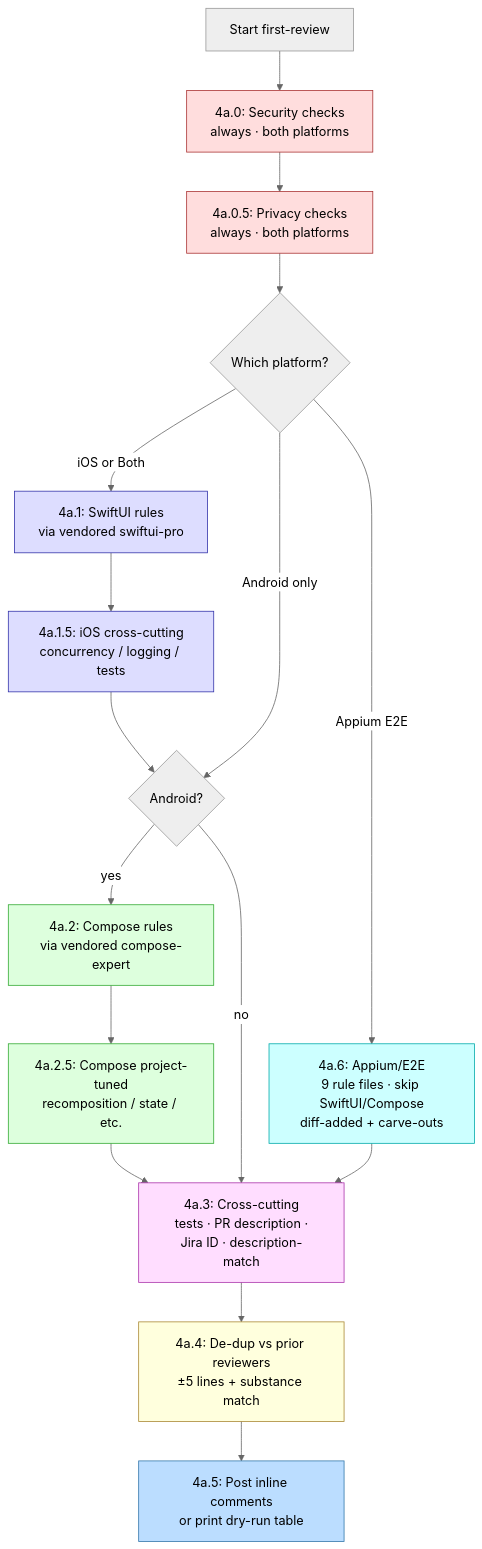
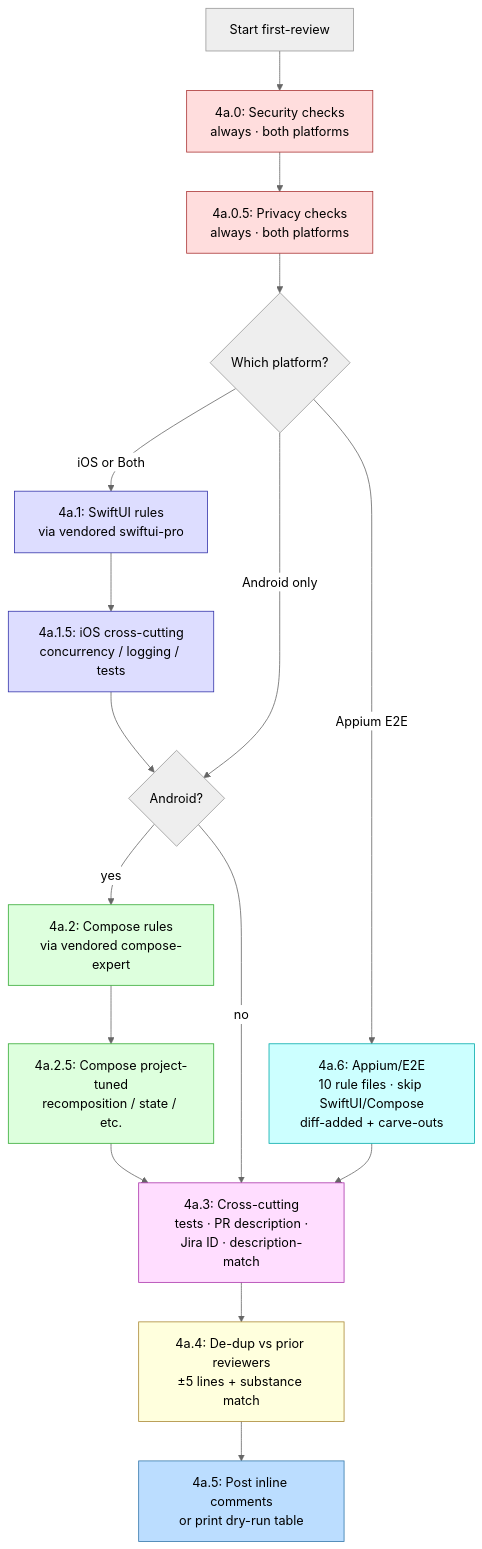
One commit to pkesavangg/pr-review-skills changed the sixth of 15 diagrams in HOW-IT-WORKS.md. Above: the diagram before and after it, drawn with Mermaid (neutral theme). The commit also changed other lines of this file and 5 other files, not shown here.

````diff
--- a/HOW-IT-WORKS.md
+++ b/HOW-IT-WORKS.md
@@ -199,35 +199,35 @@
 ```mermaid
 flowchart TD
     Start[Start first-review] --> S40[4a.0: Security checks<br/>always · both platforms]
     S40 --> S405[4a.0.5: Privacy checks<br/>always · both platforms]
     S405 --> PlatBranch{Which platform?}
 
     PlatBranch -- iOS or Both --> S41[4a.1: SwiftUI rules<br/>via vendored swiftui-pro]
     S41 --> S415[4a.1.5: iOS cross-cutting<br/>concurrency / logging / tests]
     S415 --> AndroidGate
 
     PlatBranch -- Android only --> AndroidGate{Android?}
     AndroidGate -- yes --> S42[4a.2: Compose rules<br/>via vendored compose-expert]
     S42 --> S425[4a.2.5: Compose project-tuned<br/>recomposition / state / etc.]
     S425 --> S43
 
     AndroidGate -- no --> S43
 
-    PlatBranch -- Appium E2E --> S46[4a.6: Appium/E2E<br/>9 rule files · skip SwiftUI/Compose<br/>diff-added + carve-outs]
+    PlatBranch -- Appium E2E --> S46[4a.6: Appium/E2E<br/>10 rule files · skip SwiftUI/Compose<br/>diff-added + carve-outs]
     S46 --> S43
 
     S43[4a.3: Cross-cutting<br/>tests · PR description ·<br/>Jira ID · description-match]
     S43 --> S44[4a.4: De-dup vs prior reviewers<br/>±5 lines + substance match]
     S44 --> S45[4a.5: Post inline comments<br/>or print dry-run table]
 
     style S40 fill:#fdd,stroke:#a33,color:#000
     style S405 fill:#fdd,stroke:#a33,color:#000
     style S41 fill:#ddf,stroke:#33a,color:#000
     style S415 fill:#ddf,stroke:#33a,color:#000
     style S42 fill:#dfd,stroke:#3a3,color:#000
     style S425 fill:#dfd,stroke:#3a3,color:#000
     style S46 fill:#cff,stroke:#0aa,color:#000
     style S43 fill:#fdf,stroke:#a3a,color:#000
     style S44 fill:#ffd,stroke:#a83,color:#000
     style S45 fill:#bdf,stroke:#37a,color:#000
 ```
````
